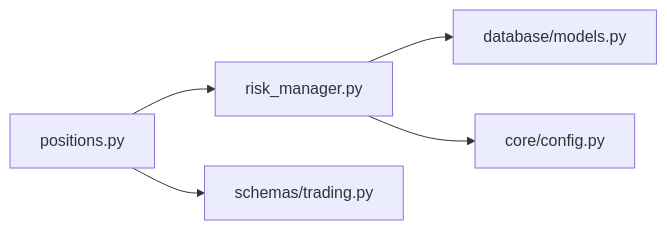
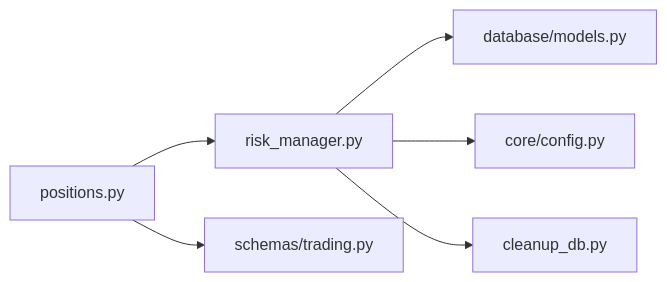
Before and after one commit to raymodny-ai/The-Modern-Turtle-Protocol: the sixth of 7 diagrams in .qoder/repowiki/zh/content/核心功能模块/风险管理系统/投资组合风险控制.md, drawn with Mermaid. The commit also changed other lines of this file and 15 other files, not shown here.

````diff
--- a/.qoder/repowiki/zh/content/核心功能模块/风险管理系统/投资组合风险控制.md
+++ b/.qoder/repowiki/zh/content/核心功能模块/风险管理系统/投资组合风险控制.md
@@ -238,7 +278,8 @@
 ```mermaid
 graph LR
 API["positions.py"] --> RM["risk_manager.py"]
 RM --> DB["database/models.py"]
 RM --> CFG["core/config.py"]
 API --> SCH["schemas/trading.py"]
+RM --> CLEAN["cleanup_db.py"]
 ```
````
